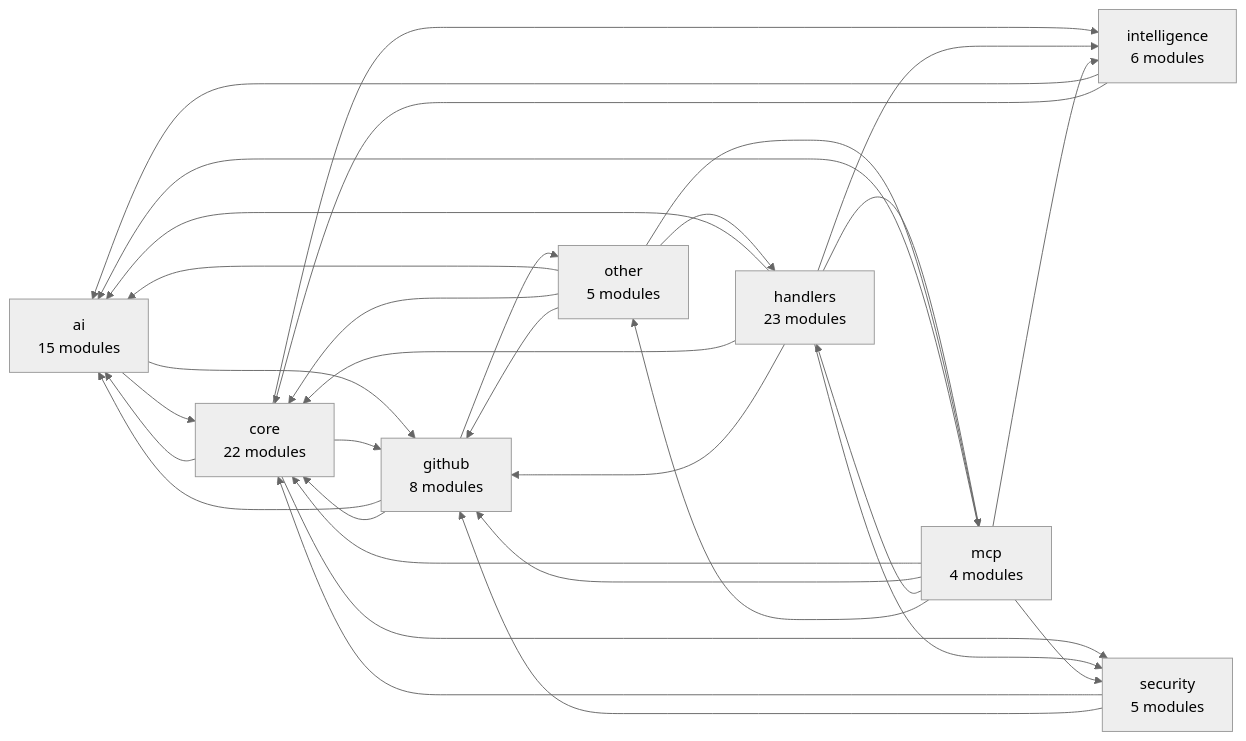
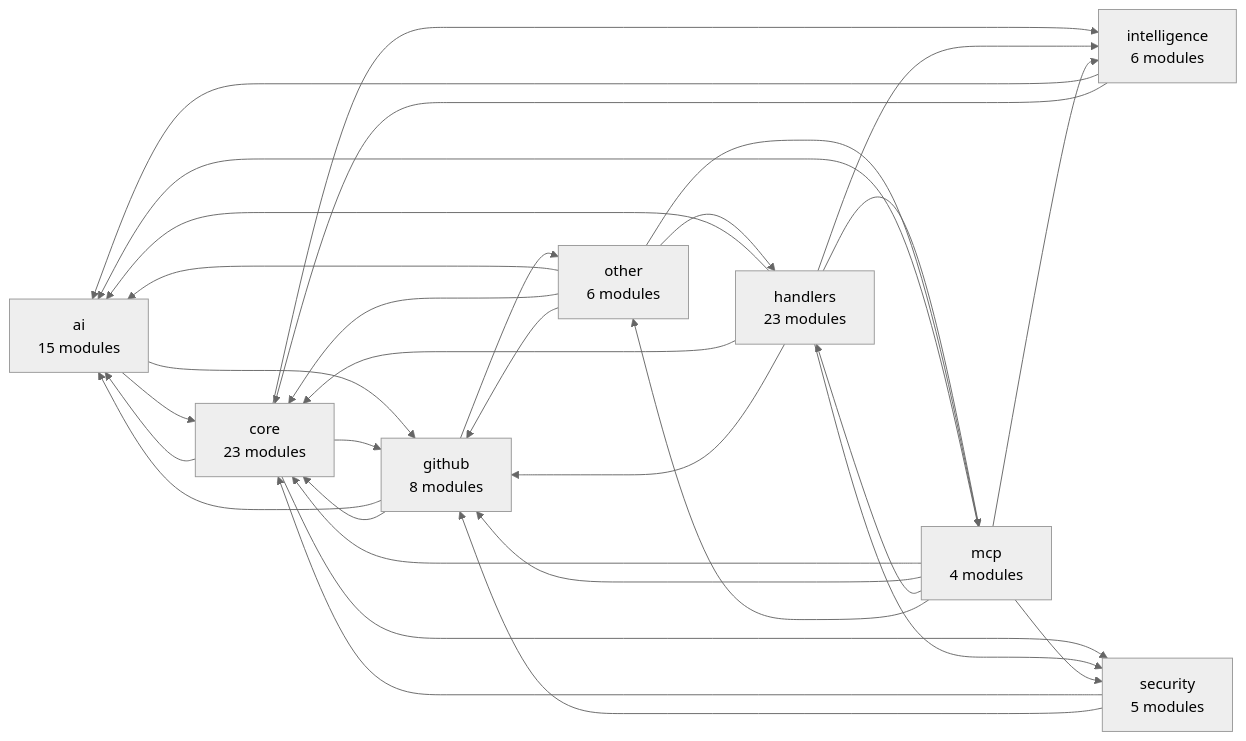
Before and after one commit to Shweta-Mishra-ai/github-autopilot: the second of 2 diagrams in README.md, drawn with Mermaid (neutral theme). The commit also changed other lines of this file and 7 other files, not shown here.

````diff
--- a/README.md
+++ b/README.md
@@ -185,42 +210,42 @@
 ```mermaid
 graph LR
     ai["ai<br/>15 modules"]
-    core["core<br/>22 modules"]
+    core["core<br/>23 modules"]
     github["github<br/>8 modules"]
     handlers["handlers<br/>23 modules"]
     intelligence["intelligence<br/>6 modules"]
     mcp["mcp<br/>4 modules"]
-    other["other<br/>5 modules"]
+    other["other<br/>6 modules"]
     security["security<br/>5 modules"]
     ai --> core
     ai --> github
     core --> ai
     core --> github
     core --> intelligence
     core --> security
     github --> ai
     github --> core
     github --> other
     handlers --> ai
     handlers --> core
     handlers --> github
     handlers --> intelligence
     handlers --> mcp
     handlers --> security
     intelligence --> ai
     intelligence --> core
     mcp --> ai
     mcp --> core
     mcp --> github
     mcp --> handlers
     mcp --> intelligence
     mcp --> other
     mcp --> security
     other --> ai
     other --> core
     other --> github
     other --> handlers
     other --> mcp
     security --> core
     security --> github
 ```
````
